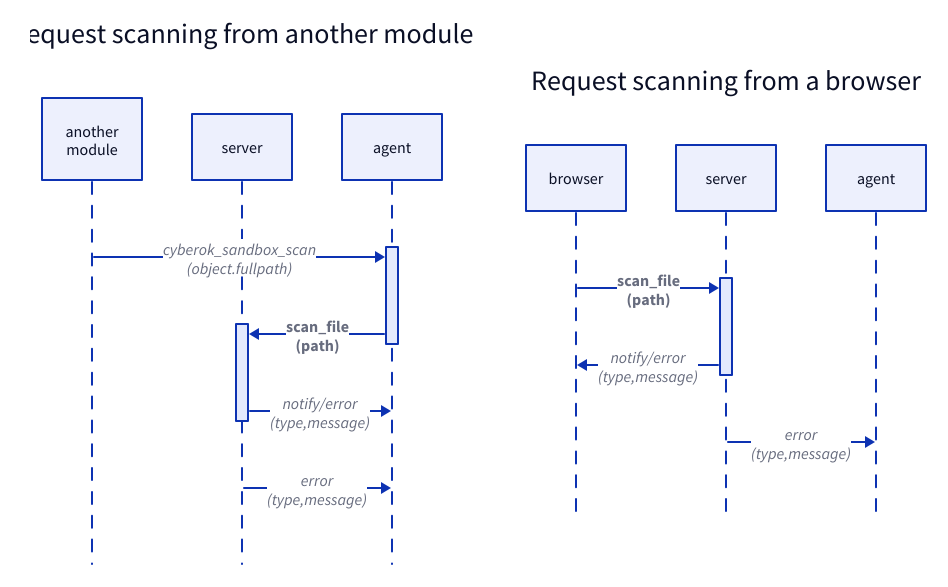
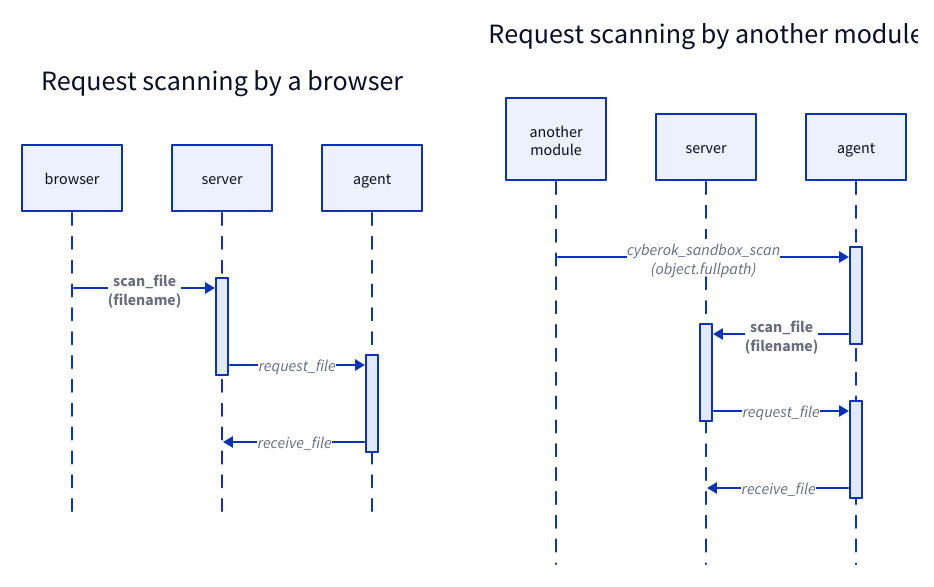
One commit to cyberok-org/soldr-modules changed the diagram in sandbox/docs/request_scan_seq.d2. Above: the diagram before and after it, drawn with D2. The commit also changed 2 other files, not shown here.

```diff
--- a/sandbox/docs/request_scan_seq.d2
+++ b/sandbox/docs/request_scan_seq.d2
@@ -1,17 +1,17 @@
-Request scanning from another module {
+Request scanning by a browser {
+	shape: sequence_diagram
+	browser; server; agent
+	server.a <- browser: scan_file\n(filename) {style.bold: true}
+	server.a -> agent.a: request_file
+	server <- agent.a: receive_file
+}
+
+Request scanning by another module {
 	shape: sequence_diagram
 	module; server; agent
 	agent.a <- module: cyberok_sandbox_scan\n(object.fullpath)
-	server.a <- agent.a: scan_file\n(path) {style.bold: true}
-	server.a -> agent: notify/error\n(type,message)
-	server -> agent: error\n(type,message)
+	server.a <- agent.a: scan_file\n(filename) {style.bold: true}
+	server.a -> agent.b: request_file
+	server <- agent.b: receive_file
 	module: another\nmodule
 }
-
-Request scanning from a browser {
-	shape: sequence_diagram
-	browser; server; agent
-	server.a <- browser: scan_file\n(path) {style.bold: true}
-	server.a -> browser: notify/error\n(type,message)
-	server -> agent: error\n(type,message)
-}
```
